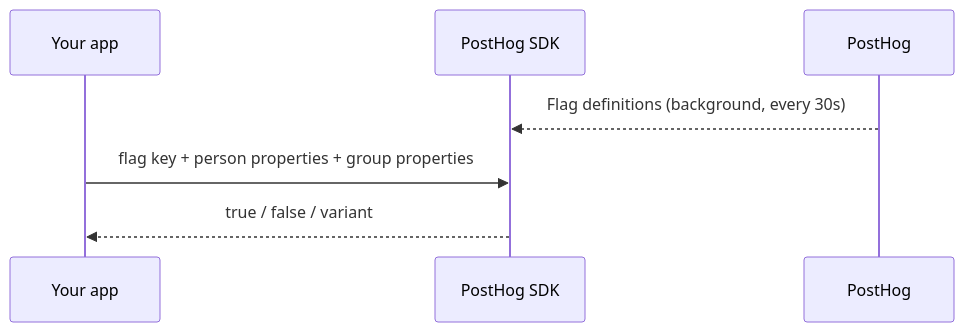
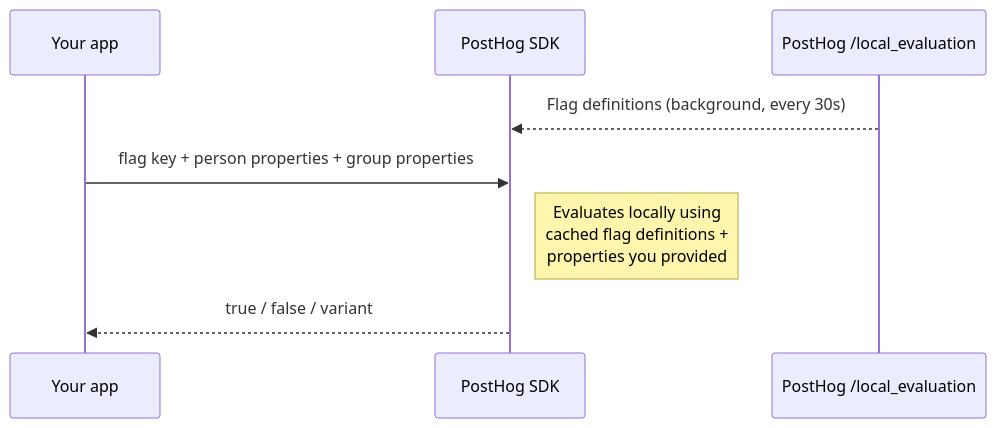
The second of 2 diagrams in contents/docs/feature-flags/local-evaluation/index.mdx (PostHog/posthog.com), drawn with Mermaid before and after one commit. The commit also changed other lines of this file, not shown here.

First line of the commit message:
Add SDK intermediary to diagrams, label endpoints, add billing comparison

````diff
--- a/contents/docs/feature-flags/local-evaluation/index.mdx
+++ b/contents/docs/feature-flags/local-evaluation/index.mdx
@@ -38,9 +41,10 @@
 ```mermaid
 sequenceDiagram
     participant App as Your app
     participant SDK as PostHog SDK
-    participant PH as PostHog
+    participant PH as PostHog /local_evaluation
     PH-->>SDK: Flag definitions (background, every 30s)
     App->>SDK: flag key + person properties + group properties
+    Note right of SDK: Evaluates locally using<br/>cached flag definitions +<br/>properties you provided
     SDK-->>App: true / false / variant
 ```
````
